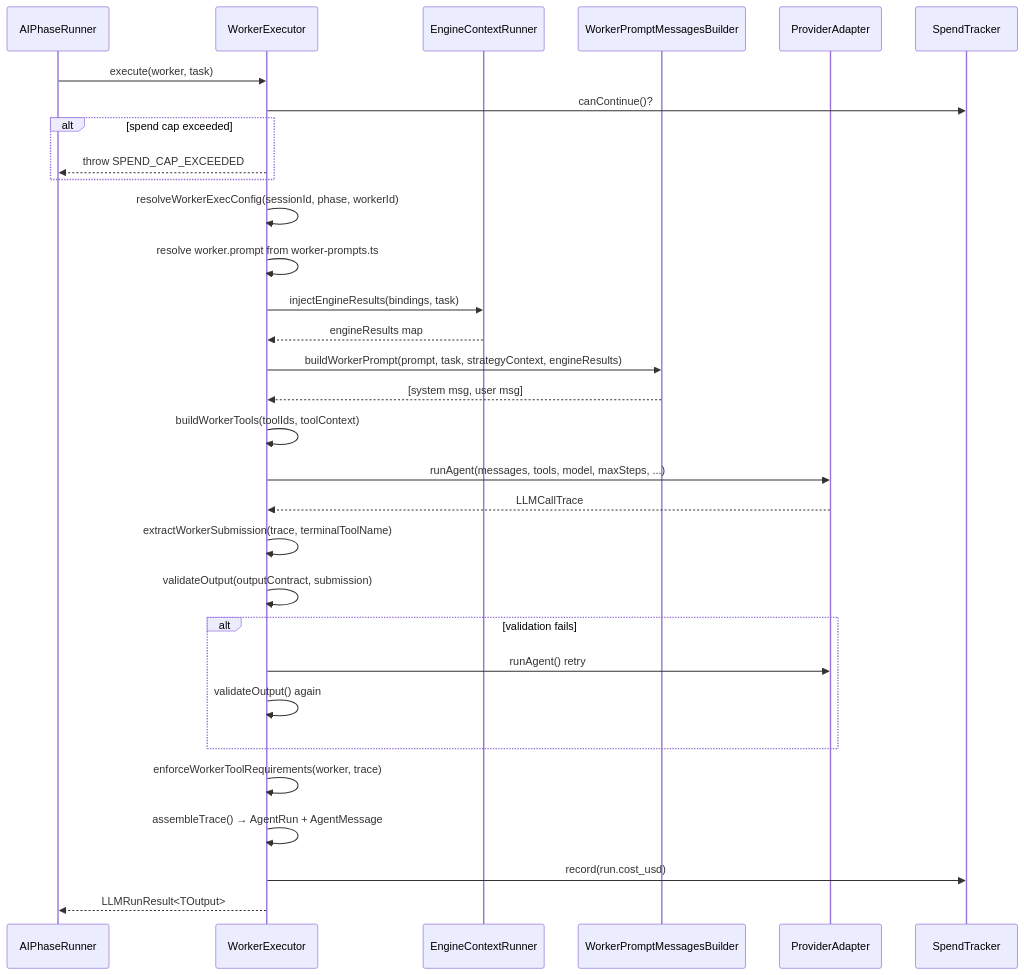
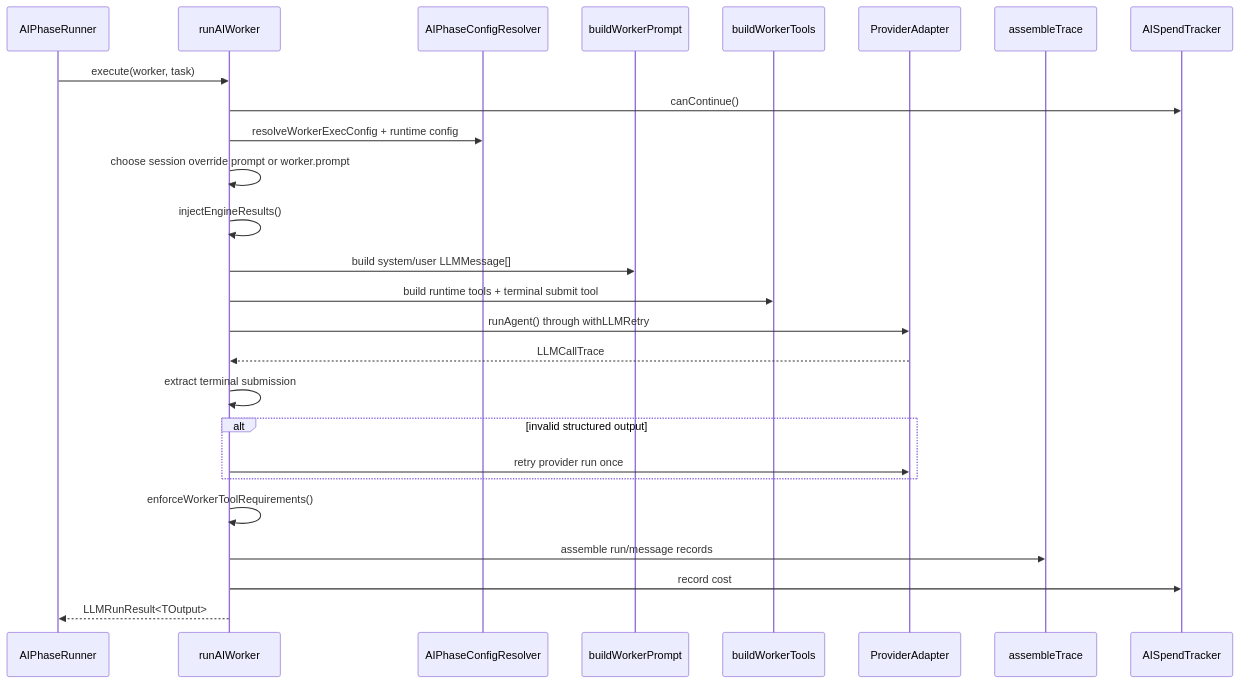
One commit to KennethAtchon/Exva changed the sixth of 9 diagrams in docs/architecture/pipeline-runtime.md. Above: the diagram before and after it, drawn with Mermaid. The commit also changed other lines of this file and 11 other files, not shown here.

````diff
--- a/docs/architecture/pipeline-runtime.md
+++ b/docs/architecture/pipeline-runtime.md
@@ -570,34 +296,29 @@
 ```mermaid
 sequenceDiagram
-    participant PPI as AIPhaseRunner
-    participant WE as WorkerExecutor
-    participant ENG as EngineContextRunner
-    participant ENV as WorkerPromptMessagesBuilder
-    participant PROV as ProviderAdapter
-    participant SP as SpendTracker
+    participant Phase as AIPhaseRunner
+    participant Worker as runAIWorker
+    participant Config as AIPhaseConfigResolver
+    participant Prompt as buildWorkerPrompt
+    participant Tools as buildWorkerTools
+    participant Provider as ProviderAdapter
+    participant Trace as assembleTrace
+    participant Spend as AISpendTracker
 
-    PPI->>WE: execute(worker, task)
-    WE->>SP: canContinue()?
-    alt spend cap exceeded
-        WE-->>PPI: throw SPEND_CAP_EXCEEDED
+    Phase->>Worker: execute(worker, task)
+    Worker->>Spend: canContinue()
+    Worker->>Config: resolveWorkerExecConfig + runtime config
+    Worker->>Worker: choose session override prompt or worker.prompt
+    Worker->>Worker: injectEngineResults()
+    Worker->>Prompt: build system/user LLMMessage[]
+    Worker->>Tools: build runtime tools + terminal submit tool
+    Worker->>Provider: runAgent() through withLLMRetry
+    Provider-->>Worker: LLMCallTrace
+    Worker->>Worker: extract terminal submission
+    alt invalid structured output
+        Worker->>Provider: retry provider run once
     end
-    WE->>WE: resolveWorkerExecConfig(sessionId, phase, workerId)
-    WE->>WE: resolve worker.prompt from worker-prompts.ts
-    WE->>ENG: injectEngineResults(bindings, task)
-    ENG-->>WE: engineResults map
-    WE->>ENV: buildWorkerPrompt(prompt, task, strategyContext, engineResults)
-    ENV-->>WE: [system msg, user msg]
-    WE->>WE: buildWorkerTools(toolIds, toolContext)
-    WE->>PROV: runAgent(messages, tools, model, maxSteps, ...)
-    PROV-->>WE: LLMCallTrace
-    WE->>WE: extractWorkerSubmission(trace, terminalToolName)
-    WE->>WE: validateOutput(outputContract, submission)
-    alt validation fails
-        WE->>PROV: runAgent() retry
-        WE->>WE: validateOutput() again
-    end
-    WE->>WE: enforceWorkerToolRequirements(worker, trace)
-    WE->>WE: assembleTrace() → AgentRun + AgentMessage
-    WE->>SP: record(run.cost_usd)
-    WE-->>PPI: LLMRunResult<TOutput>
+    Worker->>Worker: enforceWorkerToolRequirements()
+    Worker->>Trace: assemble run/message records
+    Worker->>Spend: record cost
+    Worker-->>Phase: LLMRunResult<TOutput>
 ```
````
